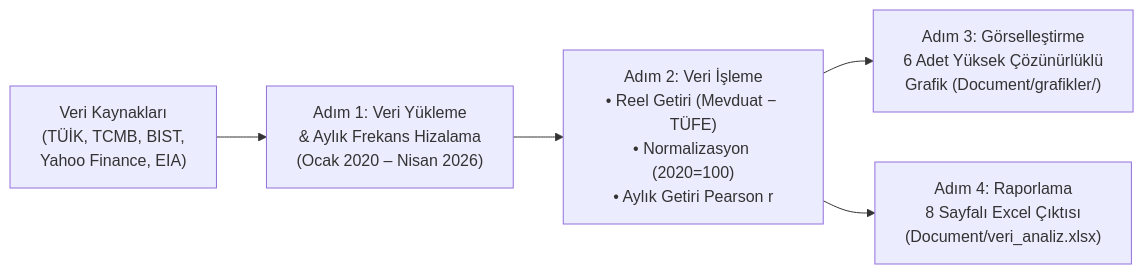
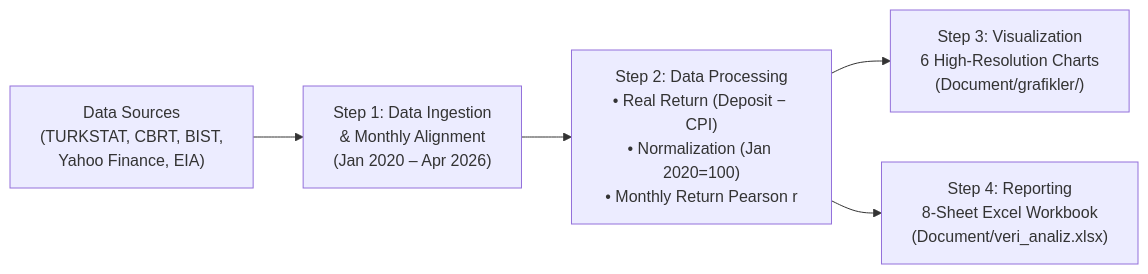
The diagram in README.md (Uguravsar75/Investment-Decisions-under-Uncertainty), drawn with Mermaid before and after one commit. The commit also changed other lines of this file and 2 other files, not shown here.

````diff
--- a/README.md
+++ b/README.md
@@ -54,7 +54,7 @@
 ```mermaid
 flowchart LR
-    A["Veri Kaynakları\n(TÜİK, TCMB, BIST,\nYahoo Finance, EIA)"] --> B["Adım 1: Veri Yükleme\n& Aylık Frekans Hizalama\n(Ocak 2020 – Nisan 2026)"]
-    B --> C["Adım 2: Veri İşleme\n• Reel Getiri (Mevduat − TÜFE)\n• Normalizasyon (2020=100)\n• Aylık Getiri Pearson r"]
-    C --> D["Adım 3: Görselleştirme\n6 Adet Yüksek Çözünürlüklü\nGrafik (Document/grafikler/)"]
-    C --> E["Adım 4: Raporlama\n8 Sayfalı Excel Çıktısı\n(Document/veri_analiz.xlsx)"]
+    A["Data Sources\n(TURKSTAT, CBRT, BIST,\nYahoo Finance, EIA)"] --> B["Step 1: Data Ingestion\n& Monthly Alignment\n(Jan 2020 – Apr 2026)"]
+    B --> C["Step 2: Data Processing\n• Real Return (Deposit − CPI)\n• Normalization (Jan 2020=100)\n• Monthly Return Pearson r"]
+    C --> D["Step 3: Visualization\n6 High-Resolution Charts\n(Document/grafikler/)"]
+    C --> E["Step 4: Reporting\n8-Sheet Excel Workbook\n(Document/veri_analiz.xlsx)"]
 ```
````
